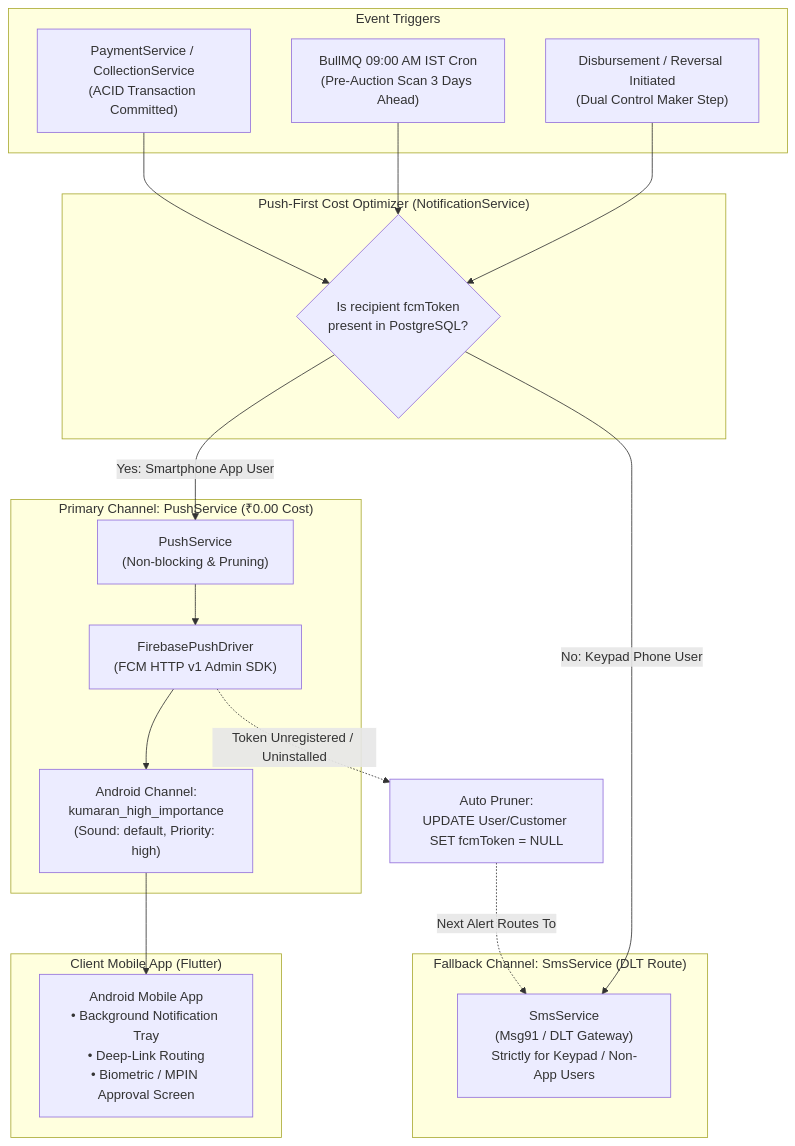
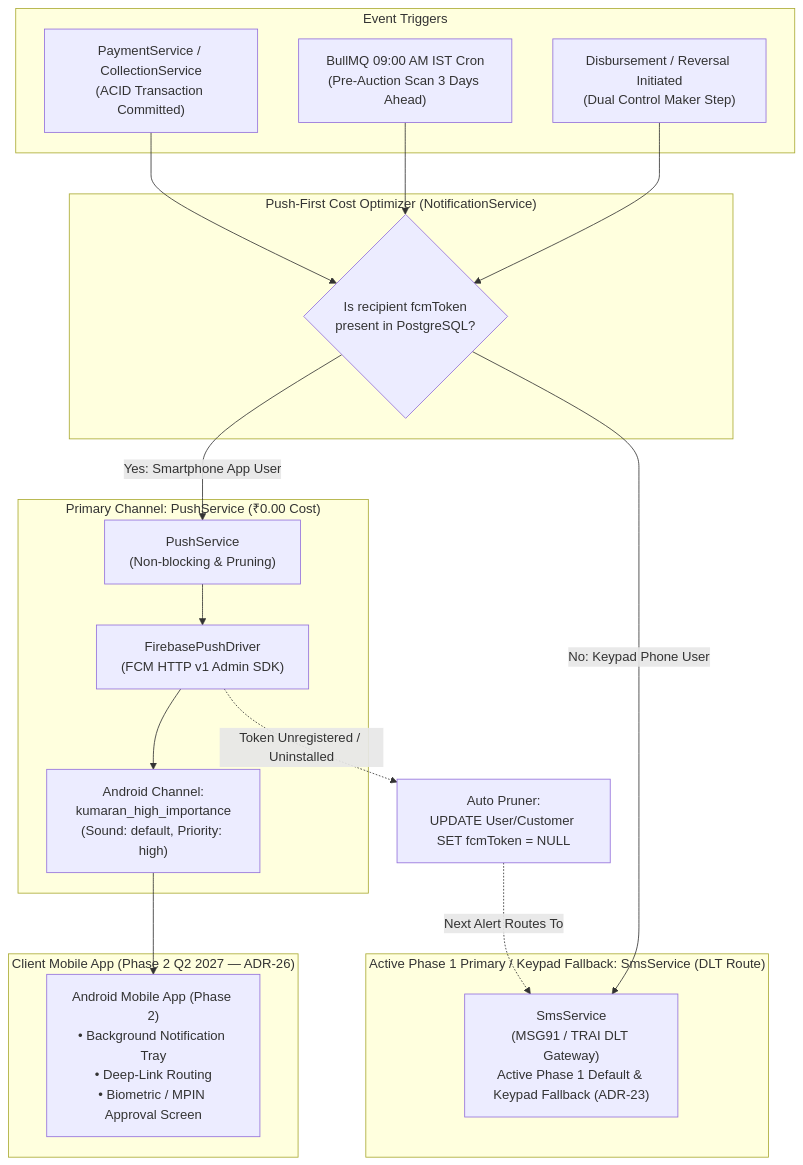
Before and after one commit to Kathir-24/Kumaran-finance: the first of 2 diagrams in docs/03-architecture/push-notification-architecture.md, drawn with Mermaid. The commit also changed other lines of this file and 4 other files, not shown here.

````diff
--- a/docs/03-architecture/push-notification-architecture.md
+++ b/docs/03-architecture/push-notification-architecture.md
@@ -31,40 +31,40 @@
 ```mermaid
 flowchart TD
     subgraph TRIGGERS ["Event Triggers"]
         PmtCommit["PaymentService / CollectionService\n(ACID Transaction Committed)"]
         CronScan["BullMQ 09:00 AM IST Cron\n(Pre-Auction Scan 3 Days Ahead)"]
         MakerAction["Disbursement / Reversal Initiated\n(Dual Control Maker Step)"]
     end
 
     subgraph ROUTER ["Push-First Cost Optimizer (NotificationService)"]
         RouterCheck{"Is recipient fcmToken\npresent in PostgreSQL?"}
     end
 
     subgraph FCM_TIER ["Primary Channel: PushService (₹0.00 Cost)"]
         PushSvc["PushService\n(Non-blocking & Pruning)"]
         FCMDriver["FirebasePushDriver\n(FCM HTTP v1 Admin SDK)"]
         Channel["Android Channel:\nkumaran_high_importance\n(Sound: default, Priority: high)"]
     end
 
-    subgraph SMS_FALLBACK ["Fallback Channel: SmsService (DLT Route)"]
-        SmsSvc["SmsService\n(Msg91 / DLT Gateway)\nStrictly for Keypad / Non-App Users"]
+    subgraph SMS_FALLBACK ["Active Phase 1 Primary / Keypad Fallback: SmsService (DLT Route)"]
+        SmsSvc["SmsService\n(MSG91 / TRAI DLT Gateway)\nActive Phase 1 Default & Keypad Fallback (ADR-23)"]
     end
 
-    subgraph CLIENT ["Client Mobile App (Flutter)"]
-        AndroidApp["Android Mobile App\n• Background Notification Tray\n• Deep-Link Routing\n• Biometric / MPIN Approval Screen"]
+    subgraph CLIENT ["Client Mobile App (Phase 2 Q2 2027 — ADR-26)"]
+        AndroidApp["Android Mobile App (Phase 2)\n• Background Notification Tray\n• Deep-Link Routing\n• Biometric / MPIN Approval Screen"]
     end
 
     PmtCommit --> RouterCheck
     CronScan --> RouterCheck
     MakerAction --> RouterCheck
 
     RouterCheck -->|Yes: Smartphone App User| PushSvc
     RouterCheck -->|No: Keypad Phone User| SmsSvc
 
     PushSvc --> FCMDriver
     FCMDriver --> Channel
     Channel --> AndroidApp
 
     FCMDriver -.->|Token Unregistered / Uninstalled| Prune["Auto Pruner:\nUPDATE User/Customer SET fcmToken = NULL"]
     Prune -.->|Next Alert Routes To| SmsSvc
 ```
````
